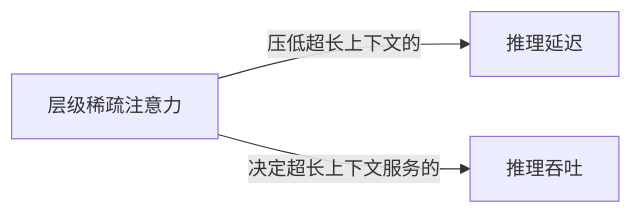
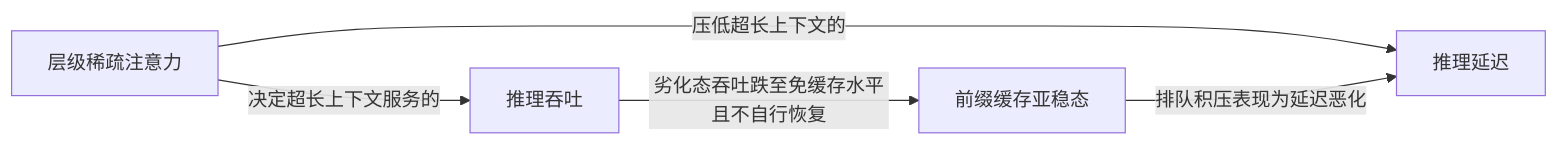
Before and after one commit to z-Zihan/LLM-101: the ninth of 10 diagrams in 知识网络.md, drawn with Mermaid. The commit also changed other lines of this file and 4 other files, not shown here.

````diff
--- a/知识网络.md
+++ b/知识网络.md
@@ -507,8 +508,11 @@
 ```mermaid
 flowchart LR
+    n_prefix_cache_metastability["前缀缓存亚稳态"]
     n_hierarchical_sparse_attention["层级稀疏注意力"]
     n_latency["推理延迟"]
     n_throughput["推理吞吐"]
     n_hierarchical_sparse_attention -->|"压低超长上下文的"| n_latency
     n_hierarchical_sparse_attention -->|"决定超长上下文服务的"| n_throughput
+    n_throughput -->|"劣化态吞吐跌至免缓存水平且不自行恢复"| n_prefix_cache_metastability
+    n_prefix_cache_metastability -->|"排队积压表现为延迟恶化"| n_latency
 ```
````
